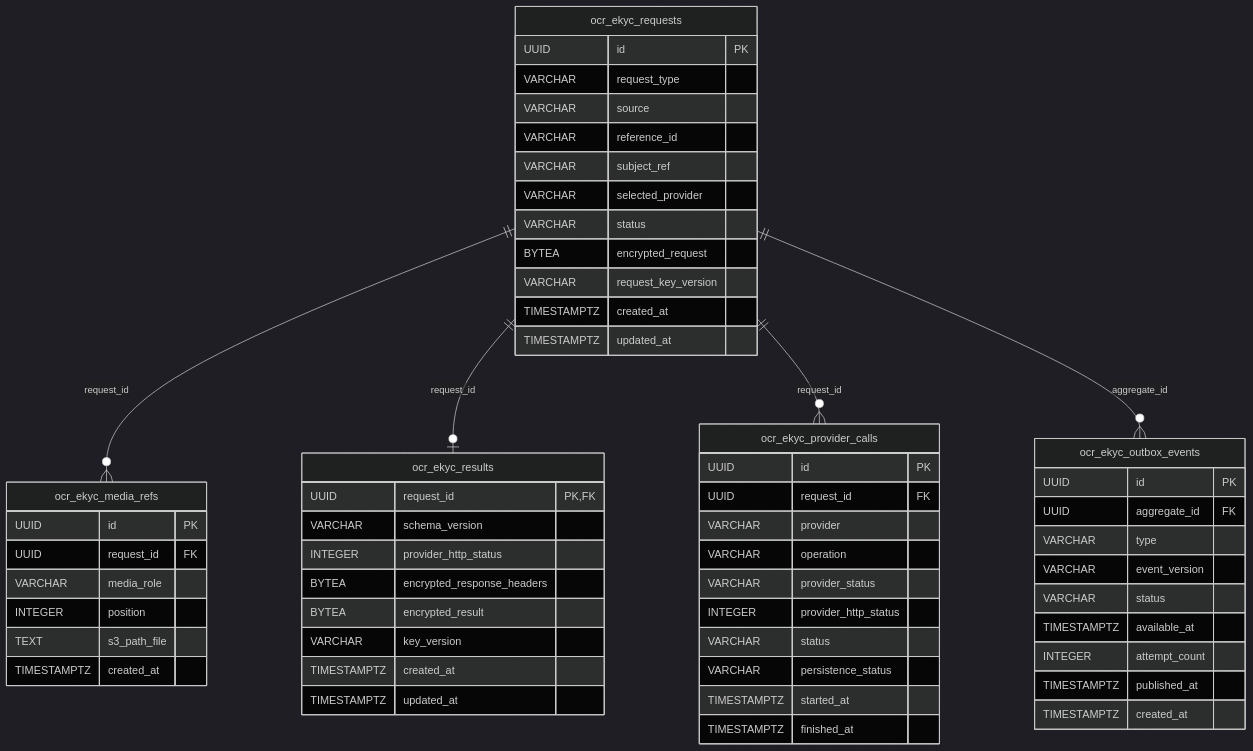
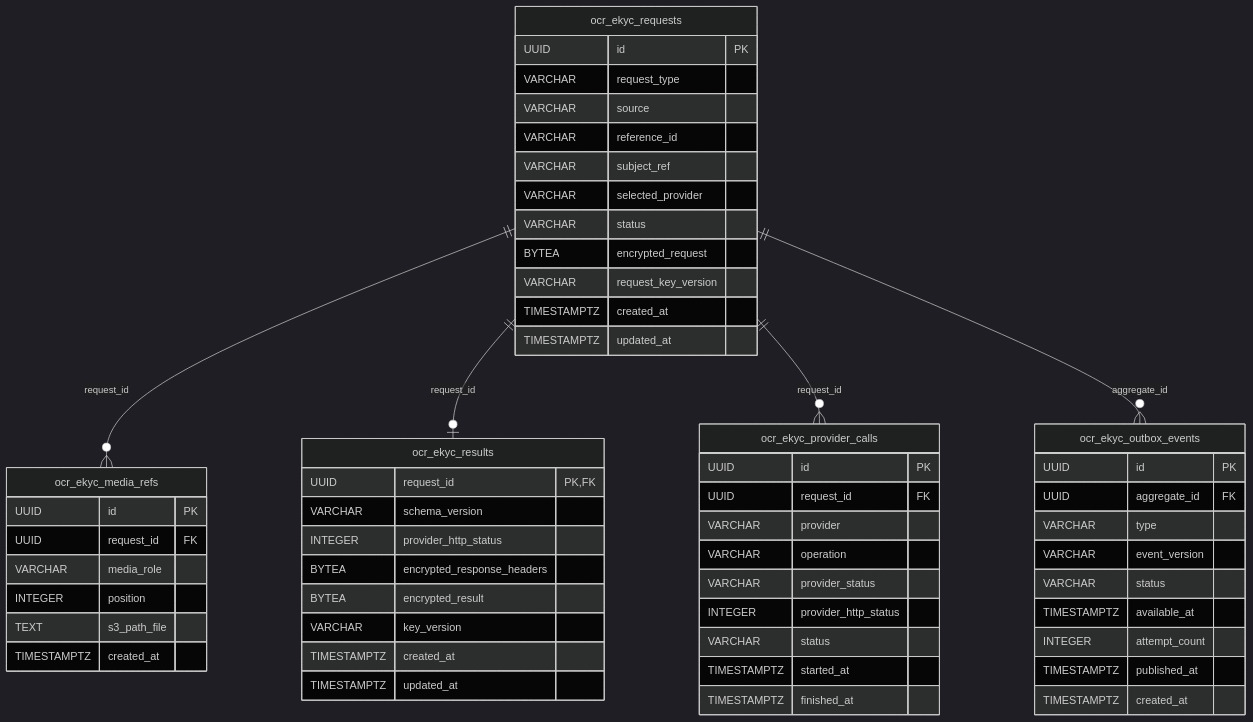
One commit to huynv-xyz/vhm changed the fifth of 12 diagrams in tdd-ocr-ekyc.md. Above: the diagram before and after it, drawn with Mermaid (dark theme). The commit also changed other lines of this file, not shown here.

````diff
--- a/tdd-ocr-ekyc.md
+++ b/tdd-ocr-ekyc.md
@@ -832,66 +826,65 @@
-  ```mermaid
-  erDiagram
-      ocr_ekyc_requests ||--o{ ocr_ekyc_media_refs : "request_id"
-      ocr_ekyc_requests ||--o| ocr_ekyc_results : "request_id"
-      ocr_ekyc_requests ||--o{ ocr_ekyc_provider_calls : "request_id"
-      ocr_ekyc_requests ||--o{ ocr_ekyc_outbox_events : "aggregate_id"
+```mermaid
+erDiagram
+    ocr_ekyc_requests ||--o{ ocr_ekyc_media_refs : "request_id"
+    ocr_ekyc_requests ||--o| ocr_ekyc_results : "request_id"
+    ocr_ekyc_requests ||--o{ ocr_ekyc_provider_calls : "request_id"
+    ocr_ekyc_requests ||--o{ ocr_ekyc_outbox_events : "aggregate_id"
 
-      ocr_ekyc_requests {
-          UUID id PK
-          VARCHAR request_type
-          VARCHAR source
-          VARCHAR reference_id
-          VARCHAR subject_ref
-          VARCHAR selected_provider
-          VARCHAR status
-          BYTEA encrypted_request
-          VARCHAR request_key_version
-          TIMESTAMPTZ created_at
-          TIMESTAMPTZ updated_at
-      }
+    ocr_ekyc_requests {
+        UUID id PK
+        VARCHAR request_type
+        VARCHAR source
+        VARCHAR reference_id
+        VARCHAR subject_ref
+        VARCHAR selected_provider
+        VARCHAR status
+        BYTEA encrypted_request
+        VARCHAR request_key_version
+        TIMESTAMPTZ created_at
+        TIMESTAMPTZ updated_at
+    }
 
-      ocr_ekyc_media_refs {
-          UUID id PK
-          UUID request_id FK
-          VARCHAR media_role
-          INTEGER position
-          TEXT s3_path_file
-          TIMESTAMPTZ created_at
-      }
+    ocr_ekyc_media_refs {
+        UUID id PK
+        UUID request_id FK
+        VARCHAR media_role
+        INTEGER position
+        TEXT s3_path_file
+        TIMESTAMPTZ created_at
+    }
 
-      ocr_ekyc_results {
-          UUID request_id PK, FK
-          VARCHAR schema_version
-          INTEGER provider_http_status
-          BYTEA encrypted_response_headers
-          BYTEA encrypted_result
-          VARCHAR key_version
-          TIMESTAMPTZ created_at
-          TIMESTAMPTZ updated_at
-      }
+    ocr_ekyc_results {
+        UUID request_id PK, FK
+        VARCHAR schema_version
+        INTEGER provider_http_status
+        BYTEA encrypted_response_headers
+        BYTEA encrypted_result
+        VARCHAR key_version
+        TIMESTAMPTZ created_at
+        TIMESTAMPTZ updated_at
+    }
 
-      ocr_ekyc_provider_calls {
-          UUID id PK
-          UUID request_id FK
-          VARCHAR provider
-          VARCHAR operation
-          VARCHAR provider_status
-          INTEGER provider_http_status
-          VARCHAR status
-          VARCHAR persistence_status
-          TIMESTAMPTZ started_at
-          TIMESTAMPTZ finished_at
-      }
+    ocr_ekyc_provider_calls {
+        UUID id PK
+        UUID request_id FK
+        VARCHAR provider
+        VARCHAR operation
+        VARCHAR provider_status
+        INTEGER provider_http_status
+        VARCHAR status
+        TIMESTAMPTZ started_at
+        TIMESTAMPTZ finished_at
+    }
 
-      ocr_ekyc_outbox_events {
-          UUID id PK
-          UUID aggregate_id FK
-          VARCHAR type
-          VARCHAR event_version
-          VARCHAR status
-          TIMESTAMPTZ available_at
-          INTEGER attempt_count
-          TIMESTAMPTZ published_at
-          TIMESTAMPTZ created_at
-      }
-  ```
+    ocr_ekyc_outbox_events {
+        UUID id PK
+        UUID aggregate_id FK
+        VARCHAR type
+        VARCHAR event_version
+        VARCHAR status
+        TIMESTAMPTZ available_at
+        INTEGER attempt_count
+        TIMESTAMPTZ published_at
+        TIMESTAMPTZ created_at
+    }
+```
````
